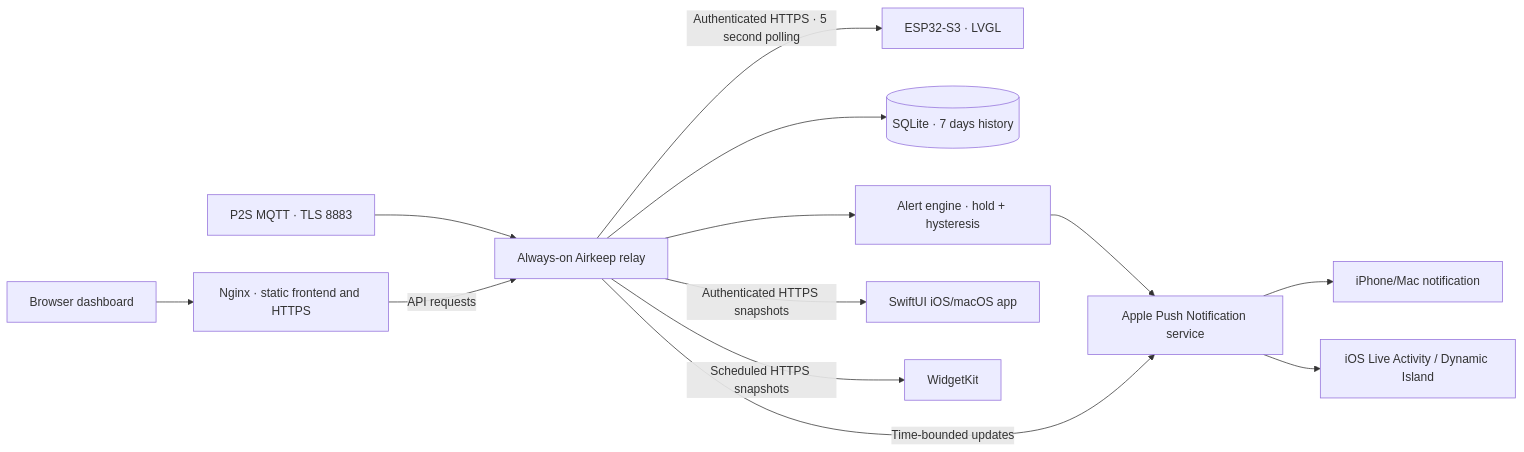
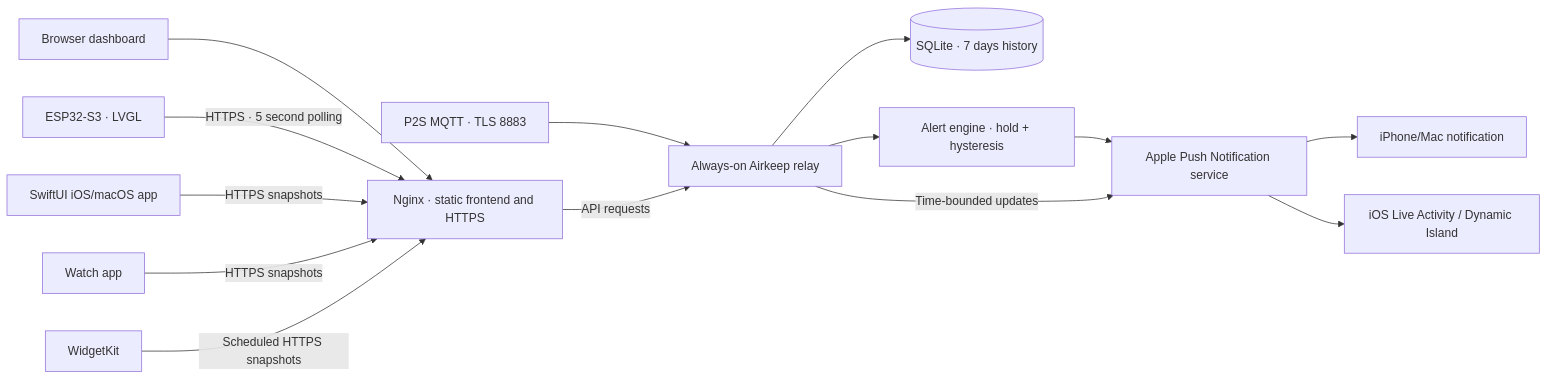
The diagram in docs/architecture.md (danohn/airkeep), drawn with Mermaid before and after one commit.

Commit message:
Clarify the shared Nginx client entry point

````diff
--- a/docs/architecture.md
+++ b/docs/architecture.md
@@ -3,15 +3,16 @@
 ```mermaid
 flowchart LR
     P[P2S MQTT · TLS 8883] --> R[Always-on Airkeep relay]
     B[Browser dashboard] --> F[Nginx · static frontend and HTTPS]
     F -->|API requests| R
-    R -->|Authenticated HTTPS · 5 second polling| E[ESP32-S3 · LVGL]
+    E[ESP32-S3 · LVGL] -->|HTTPS · 5 second polling| F
     R --> D[(SQLite · 7 days history)]
     R --> A[Alert engine · hold + hysteresis]
-    R -->|Authenticated HTTPS snapshots| M[SwiftUI iOS/macOS app]
-    R -->|Scheduled HTTPS snapshots| W[WidgetKit]
+    M[SwiftUI iOS/macOS app] -->|HTTPS snapshots| F
+    C[Watch app] -->|HTTPS snapshots| F
+    W[WidgetKit] -->|Scheduled HTTPS snapshots| F
     A --> N[Apple Push Notification service]
     R -->|Time-bounded updates| N
     N --> I[iPhone/Mac notification]
     N --> L[iOS Live Activity / Dynamic Island]
 ```
````
